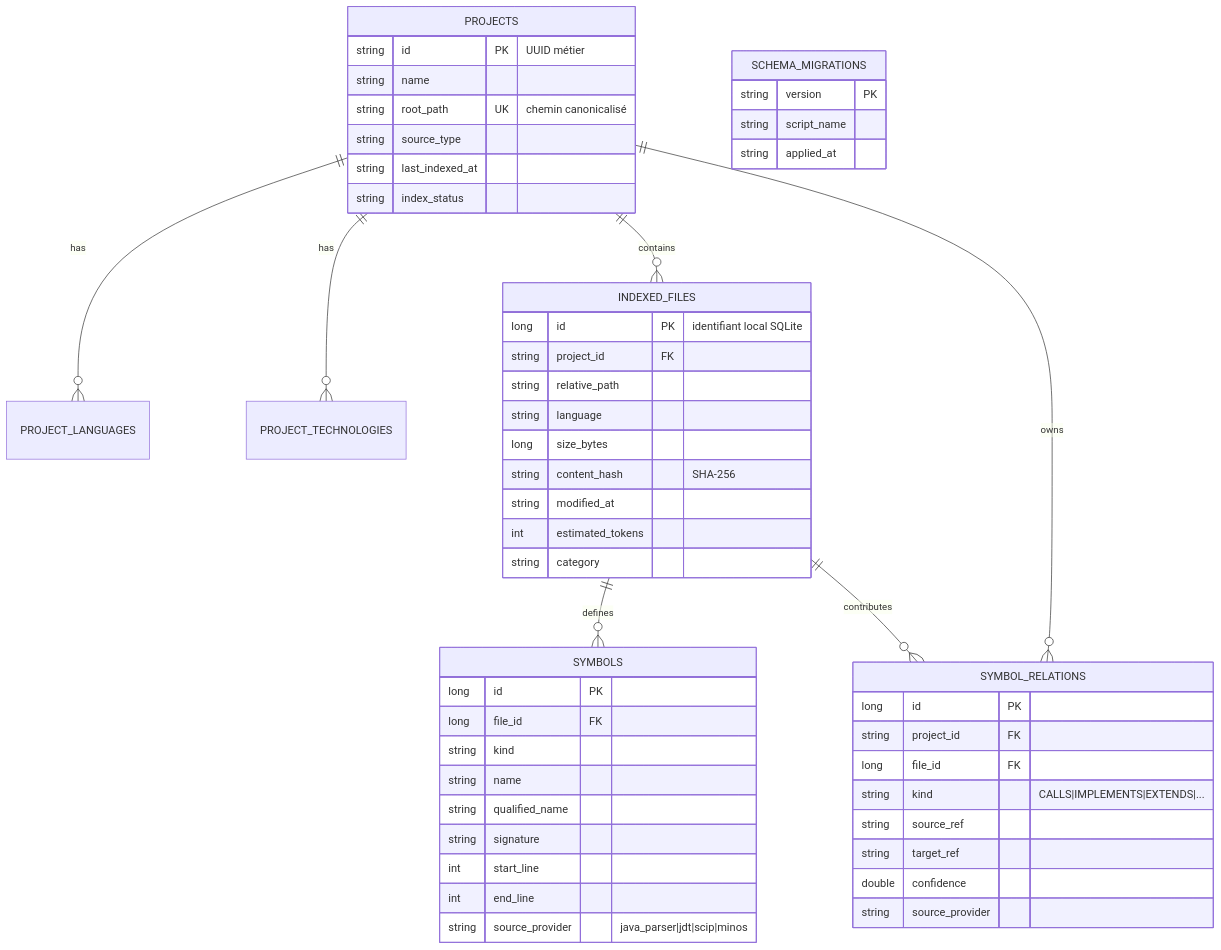
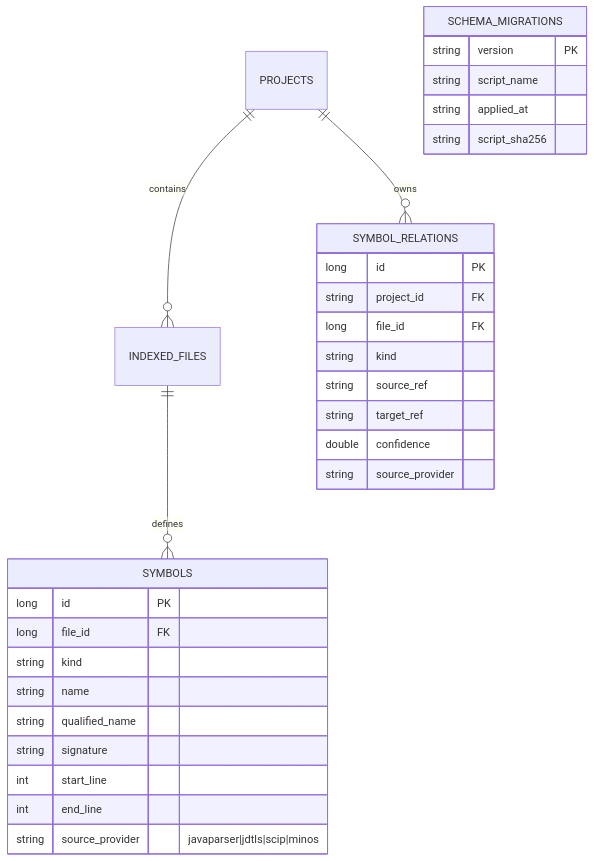
One commit to FTurleque/nexus-context-engine changed the fourth of 4 diagrams in docs/architecture/arc42/05-vue-blocs.md. Above: the diagram before and after it, drawn with Mermaid. The commit also changed other lines of this file and 21 other files, not shown here.

````diff
--- a/docs/architecture/arc42/05-vue-blocs.md
+++ b/docs/architecture/arc42/05-vue-blocs.md
@@ -186,59 +120,36 @@
 ```mermaid
 erDiagram
-    PROJECTS ||--o{ PROJECT_LANGUAGES : has
-    PROJECTS ||--o{ PROJECT_TECHNOLOGIES : has
     PROJECTS ||--o{ INDEXED_FILES : contains
     INDEXED_FILES ||--o{ SYMBOLS : defines
     PROJECTS ||--o{ SYMBOL_RELATIONS : owns
-    INDEXED_FILES ||--o{ SYMBOL_RELATIONS : contributes
-
-    PROJECTS {
-        string id PK "UUID métier"
-        string name
-        string root_path UK "chemin canonicalisé"
-        string source_type
-        string last_indexed_at
-        string index_status
-    }
-
-    INDEXED_FILES {
-        long id PK "identifiant local SQLite"
-        string project_id FK
-        string relative_path
-        string language
-        long size_bytes
-        string content_hash "SHA-256"
-        string modified_at
-        int estimated_tokens
-        string category
-    }
 
     SYMBOLS {
         long id PK
         long file_id FK
         string kind
         string name
         string qualified_name
         string signature
         int start_line
         int end_line
-        string source_provider "java_parser|jdt|scip|minos"
+        string source_provider "javaparser|jdtls|scip|minos"
     }
 
     SYMBOL_RELATIONS {
         long id PK
         string project_id FK
         long file_id FK
-        string kind "CALLS|IMPLEMENTS|EXTENDS|..."
+        string kind
         string source_ref
         string target_ref
         double confidence
         string source_provider
     }
 
     SCHEMA_MIGRATIONS {
         string version PK
         string script_name
         string applied_at
+        string script_sha256
     }
 ```
````
